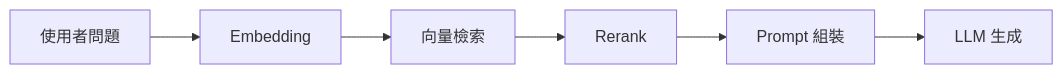
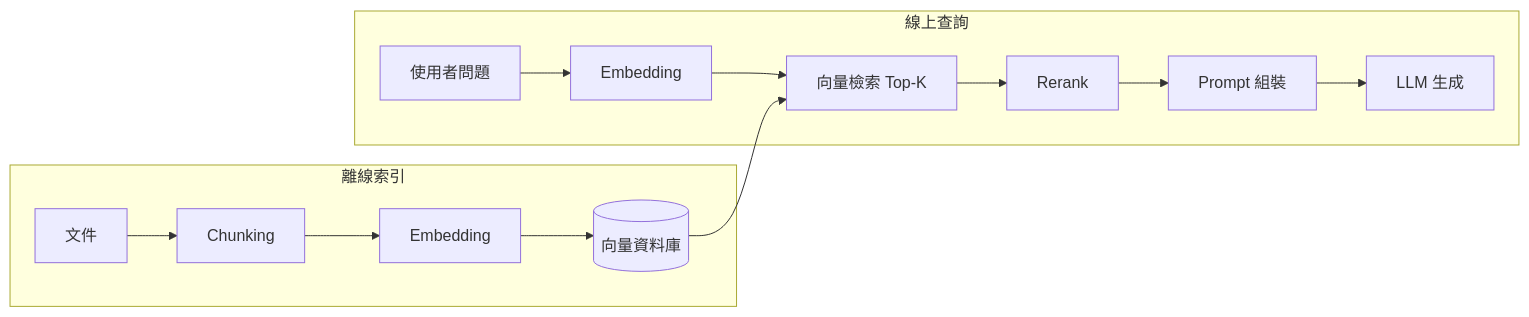
The diagram in src/content/blog/rag-fundamentals.mdx (singyichen/singyichen.github.io), drawn with Mermaid before and after one commit. The commit also changed other lines of this file, not shown here.

````diff
--- a/src/content/blog/rag-fundamentals.mdx
+++ b/src/content/blog/rag-fundamentals.mdx
@@ -13,8 +17,16 @@
 ```mermaid
 flowchart LR
-  Q[使用者問題] --> E[Embedding]
-  E --> R[向量檢索]
-  R --> K[Rerank]
-  K --> P[Prompt 組裝]
-  P --> G[LLM 生成]
+  subgraph 離線索引
+    D[文件] --> C[Chunking]
+    C --> E1[Embedding]
+    E1 --> V[(向量資料庫)]
+  end
+  subgraph 線上查詢
+    Q[使用者問題] --> E2[Embedding]
+    E2 --> R[向量檢索 Top-K]
+    V --> R
+    R --> K[Rerank]
+    K --> P[Prompt 組裝]
+    P --> G[LLM 生成]
+  end
 ```
````
